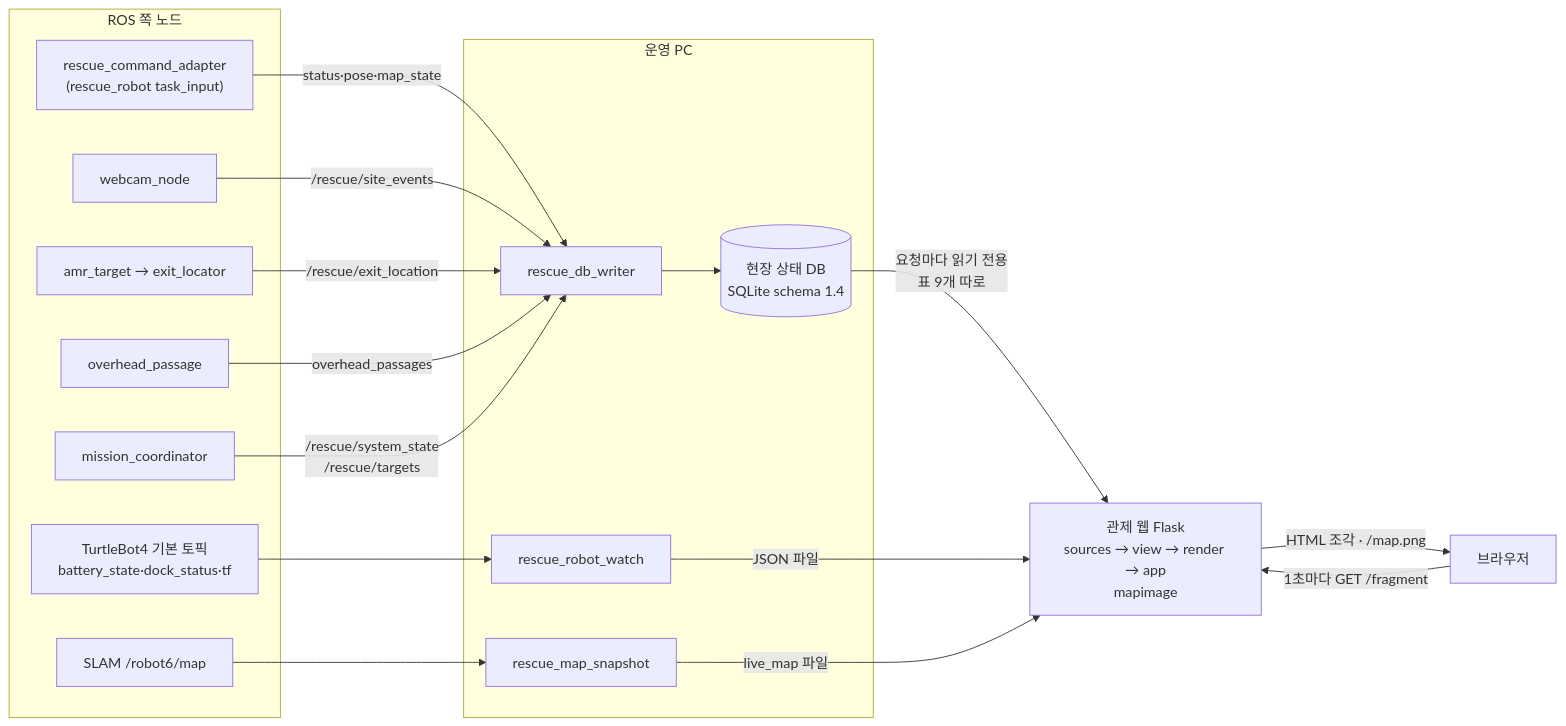
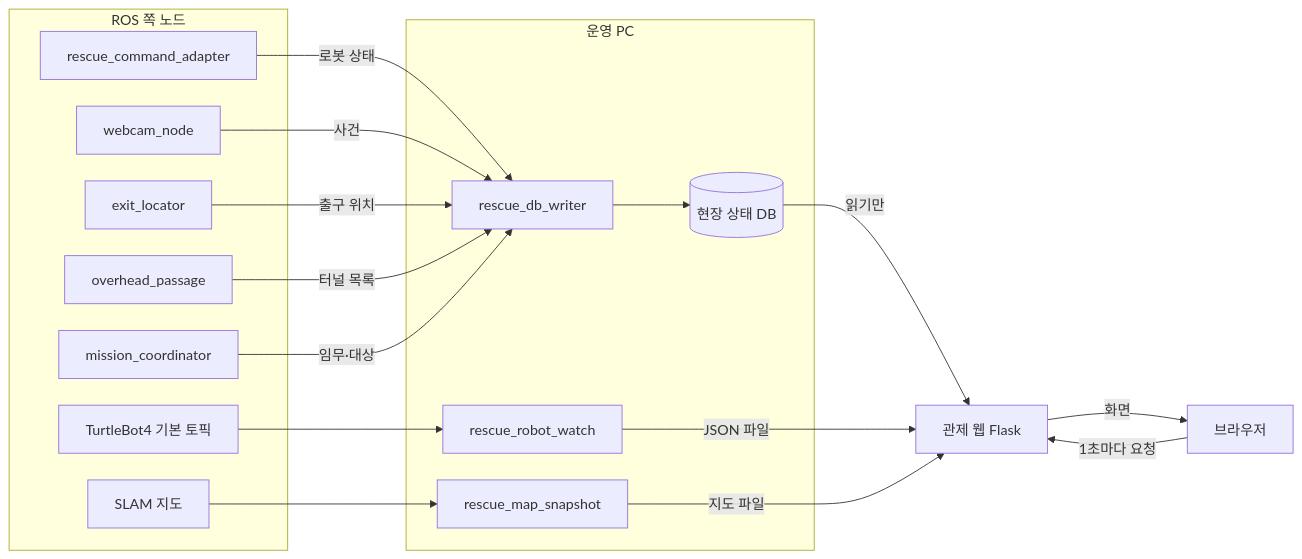
The first of 3 diagrams in docs/design/console-architecture.md (mi1nn/ROKEY-7-public), drawn with Mermaid before and after one commit. The commit also changed other lines of this file, not shown here.

````diff
--- a/docs/design/console-architecture.md
+++ b/docs/design/console-architecture.md
@@ -44,31 +46,32 @@
 ```mermaid
+%%{init: {"flowchart": {"rankSpacing": 70, "nodeSpacing": 30}}}%%
 flowchart LR
   subgraph ROS["ROS 쪽 노드"]
-    R1["rescue_command_adapter<br/>(rescue_robot task_input)"]
+    R1["rescue_command_adapter"]
     P1["webcam_node"]
-    P2["amr_target → exit_locator"]
+    P2["exit_locator"]
     P3["overhead_passage"]
     C1["mission_coordinator"]
-    R2["TurtleBot4 기본 토픽<br/>battery_state·dock_status·tf"]
-    R3["SLAM /robot6/map"]
+    R2["TurtleBot4 기본 토픽"]
+    R3["SLAM 지도"]
   end
   subgraph OPS["운영 PC"]
     W["rescue_db_writer"]
-    DB[("현장 상태 DB<br/>SQLite schema 1.4")]
+    DB[("현장 상태 DB")]
     RW["rescue_robot_watch"]
     MS["rescue_map_snapshot"]
   end
-  F["관제 웹 Flask<br/>sources → view → render → app<br/>mapimage"]
+  F["관제 웹 Flask"]
   B["브라우저"]
-  R1 -- "status·pose·map_state" --> W
-  P1 -- "/rescue/site_events" --> W
-  P2 -- "/rescue/exit_location" --> W
-  P3 -- "overhead_passages" --> W
-  C1 -- "/rescue/system_state<br/>/rescue/targets" --> W
+  R1 -- "로봇 상태" --> W
+  P1 -- "사건" --> W
+  P2 -- "출구 위치" --> W
+  P3 -- "터널 목록" --> W
+  C1 -- "임무·대상" --> W
   W --> DB
-  DB -- "요청마다 읽기 전용<br/>표 9개 따로" --> F
+  DB -- "읽기만" --> F
   R2 --> RW -- "JSON 파일" --> F
-  R3 --> MS -- "live_map 파일" --> F
-  B -- "1초마다 GET /fragment" --> F
-  F -- "HTML 조각 · /map.png" --> B
+  R3 --> MS -- "지도 파일" --> F
+  B -- "1초마다 요청" --> F
+  F -- "화면" --> B
 ```
````
